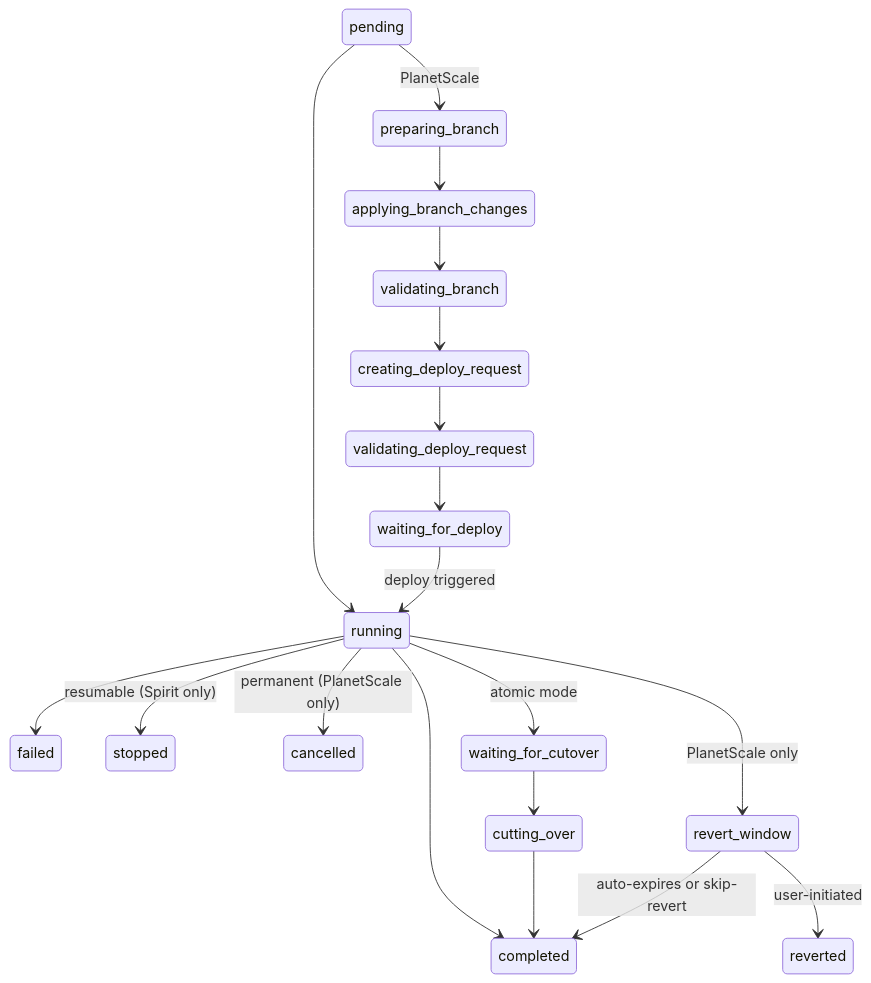
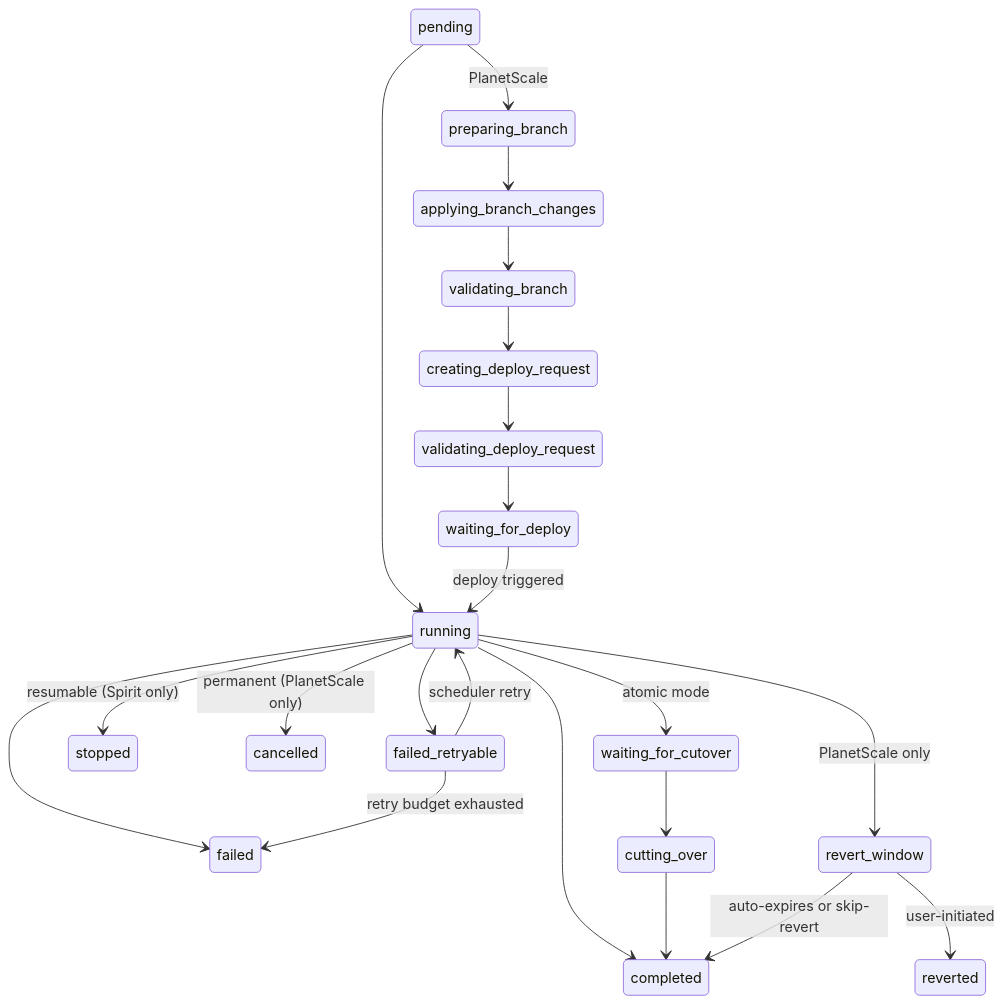
One commit to block/schemabot changed the first of 3 diagrams in pkg/state/README.md. Above: the diagram before and after it, drawn with Mermaid. The commit also changed other lines of this file and 55 other files, not shown here.

Commit message:
feat(scheduler): retry failed engine errors

````diff
--- a/pkg/state/README.md
+++ b/pkg/state/README.md
@@ -33,23 +34,26 @@
 ```mermaid
 stateDiagram-v2
     pending --> running
     pending --> preparing_branch : PlanetScale
     preparing_branch --> applying_branch_changes
     applying_branch_changes --> validating_branch
     validating_branch --> creating_deploy_request
     creating_deploy_request --> validating_deploy_request
     validating_deploy_request --> waiting_for_deploy
     waiting_for_deploy --> running : deploy triggered
     running --> completed
     running --> failed
+    running --> failed_retryable
     running --> stopped : resumable (Spirit only)
     running --> cancelled : permanent (PlanetScale only)
     running --> waiting_for_cutover : atomic mode
     running --> revert_window : PlanetScale only
+    failed_retryable --> running : scheduler retry
+    failed_retryable --> failed : retry budget exhausted
 
     waiting_for_cutover --> cutting_over
     cutting_over --> completed
 
     revert_window --> completed : auto-expires or skip-revert
     revert_window --> reverted : user-initiated
 ```
````
